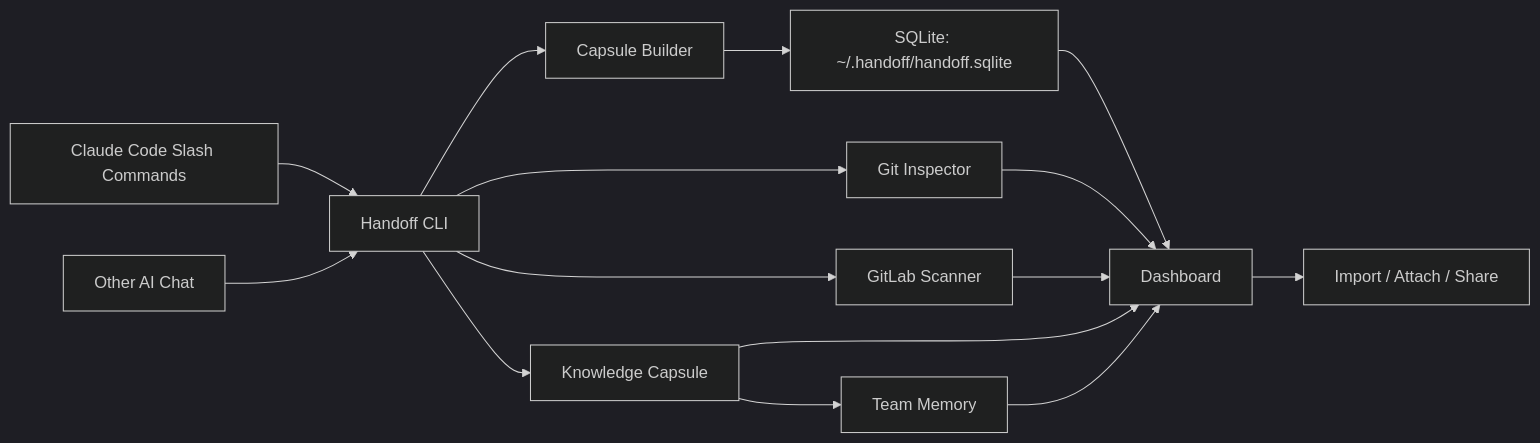
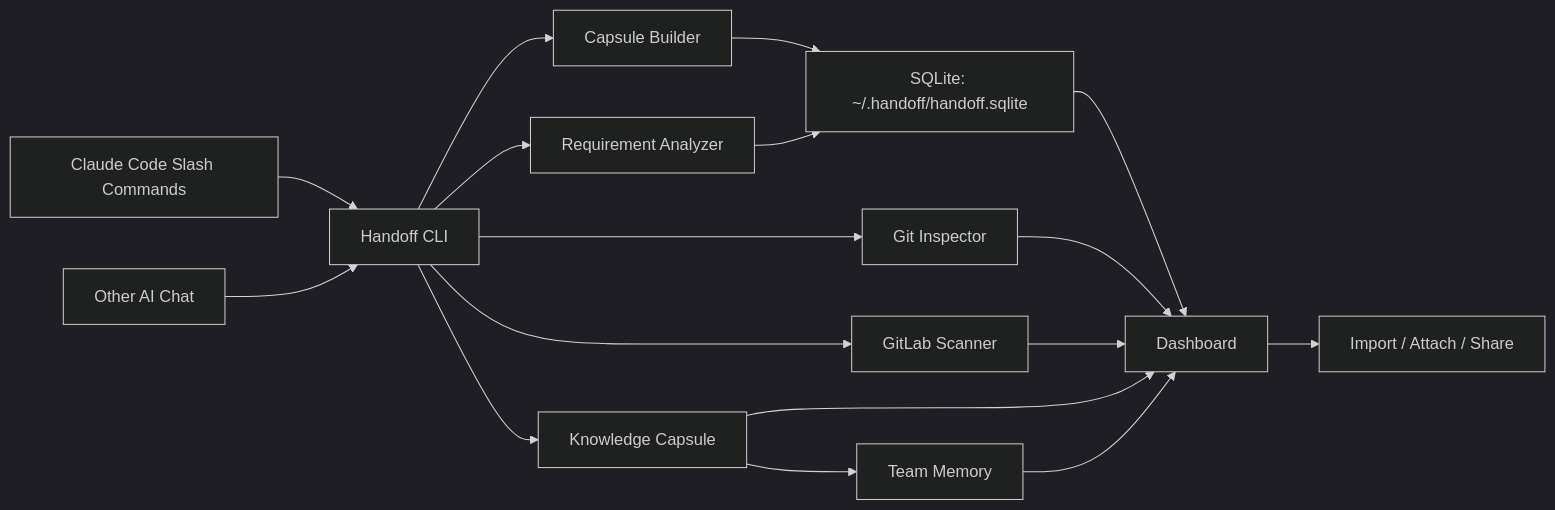
The diagram in README.md (xingdong23/handoff), drawn with Mermaid (dark theme) before and after one commit. The commit also changed other lines of this file and 19 other files, not shown here.

````diff
--- a/README.md
+++ b/README.md
@@ -348,17 +391,19 @@
 ```mermaid
 flowchart LR
   A["Claude Code Slash Commands"] --> B["Handoff CLI"]
   C["Other AI Chat"] --> B
   B --> D["Capsule Builder"]
+  B --> L["Requirement Analyzer"]
   D --> E["SQLite: ~/.handoff/handoff.sqlite"]
   B --> F["Git Inspector"]
   B --> G["GitLab Scanner"]
   B --> J["Knowledge Capsule"]
   J --> K["Team Memory"]
+  L --> E
   E --> H["Dashboard"]
   F --> H
   G --> H
   J --> H
   K --> H
   H --> I["Import / Attach / Share"]
 ```
````
